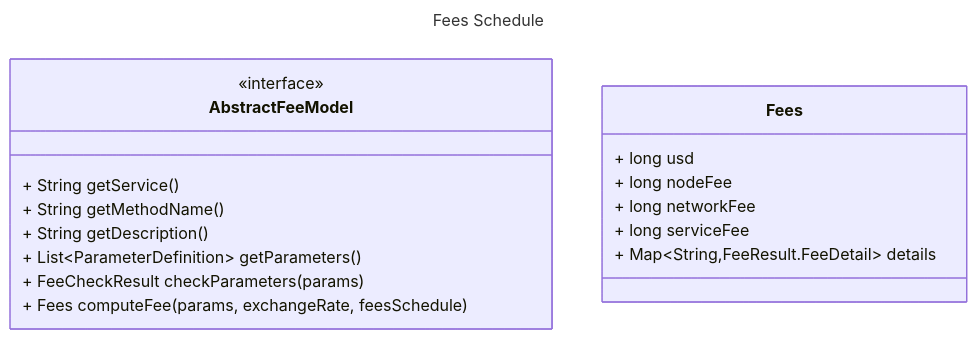
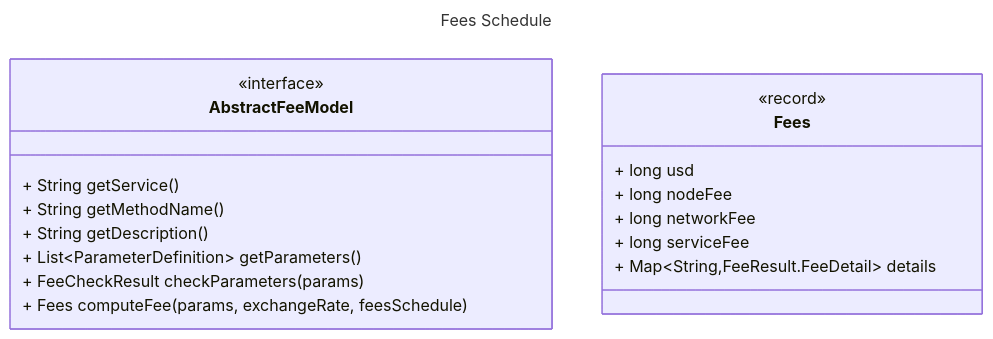
Before and after one commit to joshmarinacci/hiero-consensus-node: the second of 2 diagrams in docs/simplefees/architecture.md, drawn with Mermaid.

Commit message:
add record

````diff
--- a/docs/simplefees/architecture.md
+++ b/docs/simplefees/architecture.md
@@ -72,24 +72,25 @@
 ```mermaid
 ---
 title: Fees Schedule
 ---
 classDiagram
     class AbstractFeeModel {
          <<interface>>
         + String getService()
         + String getMethodName()
         + String getDescription()
         + List~ParameterDefinition~ getParameters()
         + FeeCheckResult checkParameters(params)
         + Fees computeFee(params, exchangeRate, feesSchedule)
     }
     
     class Fees {
+         <<record>>
         + long usd
         + long nodeFee
         + long networkFee
         + long serviceFee
         + Map~String,FeeResult.FeeDetail~ details
     }
 
 ```
````
